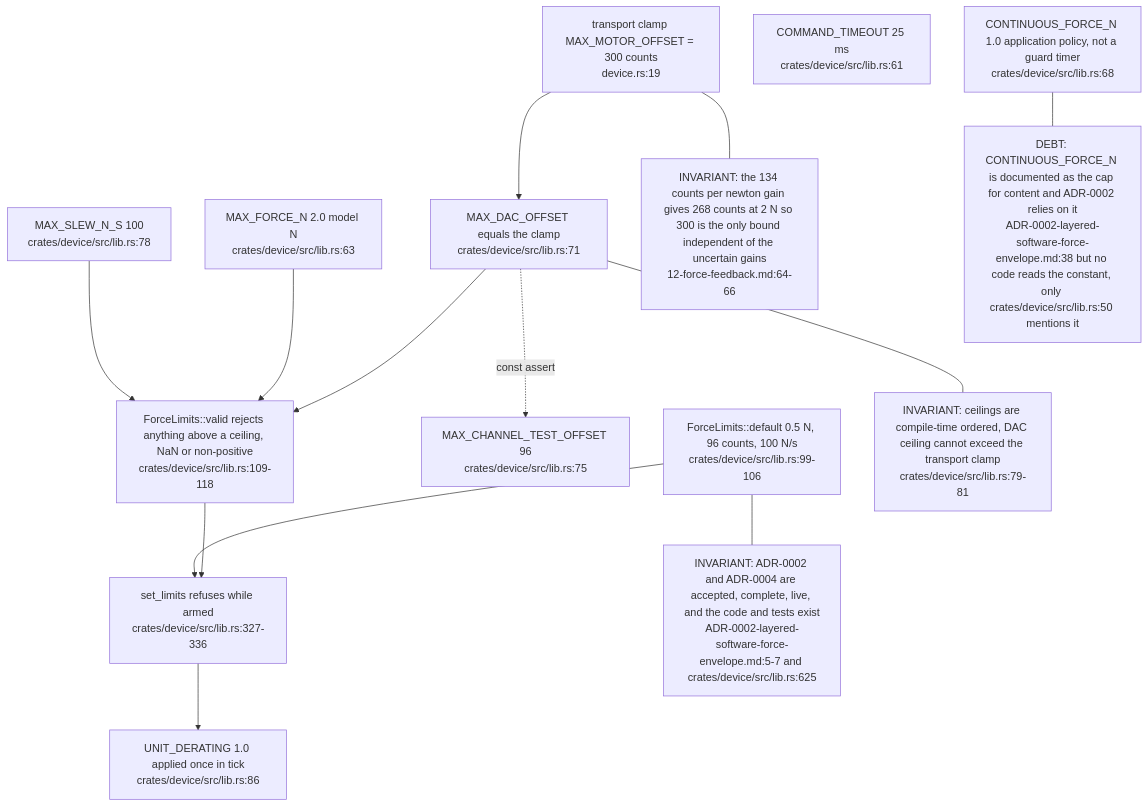
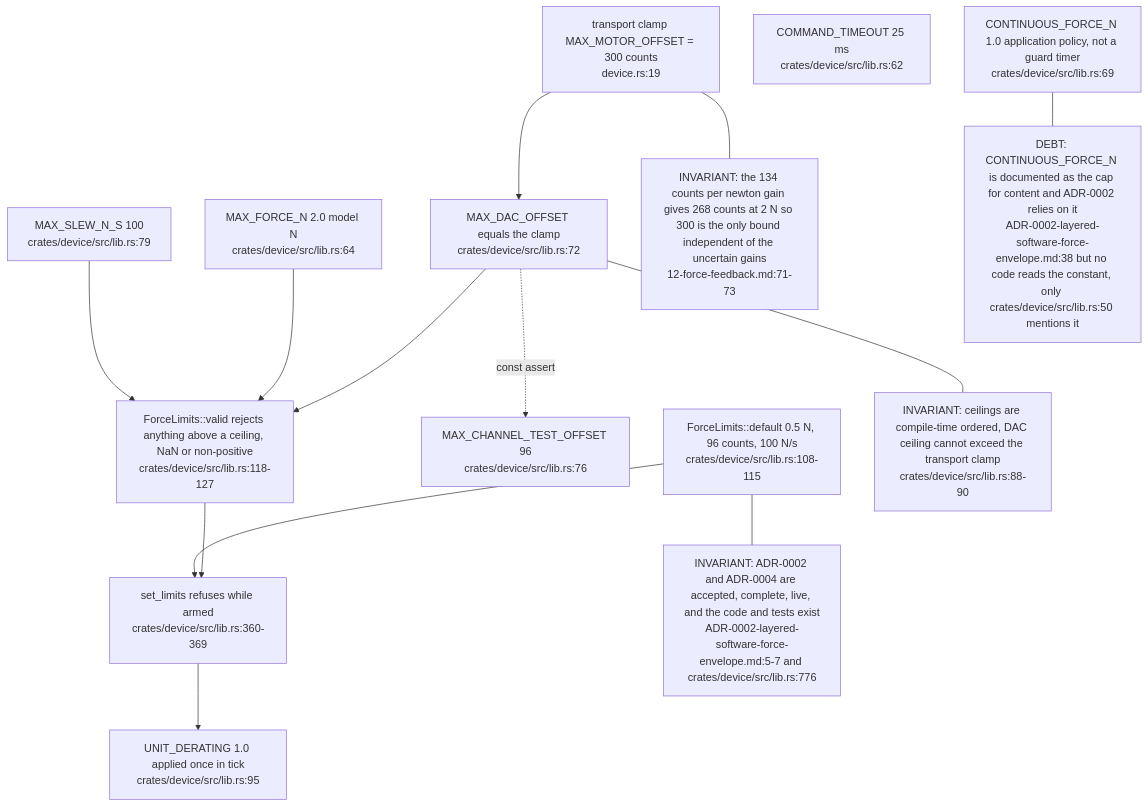
Before and after one commit to DreamLab-AI/VisionFlow: the first of 5 diagrams in docs/diagrams/visiontouch-rs/03-device-sdk-and-force-guard.md, drawn with Mermaid. The commit also changed other lines of this file and 36 other files, not shown here.

First line of the commit message:
docs(diagrams): re-derive and re-stamp agentbox, dream-engine, visioncraft, visiontouch and vowl topics; drop LAN addresses

````diff
--- a/docs/diagrams/visiontouch-rs/03-device-sdk-and-force-guard.md
+++ b/docs/diagrams/visiontouch-rs/03-device-sdk-and-force-guard.md
@@ -31,30 +31,30 @@
 ```mermaid
 flowchart TB
     HAL["transport clamp MAX_MOTOR_OFFSET = 300 counts<br/>device.rs:19"]
-    DACMAX["MAX_DAC_OFFSET equals the clamp<br/>crates/device/src/lib.rs:71"]
-    FMAX["MAX_FORCE_N 2.0 model N<br/>crates/device/src/lib.rs:63"]
-    SLEW["MAX_SLEW_N_S 100<br/>crates/device/src/lib.rs:78"]
-    TO["COMMAND_TIMEOUT 25 ms<br/>crates/device/src/lib.rs:61"]
-    DEF["ForceLimits::default 0.5 N, 96 counts, 100 N/s<br/>crates/device/src/lib.rs:99-106"]
-    CONT["CONTINUOUS_FORCE_N 1.0 application policy, not a guard timer<br/>crates/device/src/lib.rs:68"]
-    CH["MAX_CHANNEL_TEST_OFFSET 96<br/>crates/device/src/lib.rs:75"]
-    VAL["ForceLimits::valid rejects anything above a ceiling, NaN or non-positive<br/>crates/device/src/lib.rs:109-118"]
-    SET["set_limits refuses while armed<br/>crates/device/src/lib.rs:327-336"]
-    DER["UNIT_DERATING 1.0 applied once in tick<br/>crates/device/src/lib.rs:86"]
+    DACMAX["MAX_DAC_OFFSET equals the clamp<br/>crates/device/src/lib.rs:72"]
+    FMAX["MAX_FORCE_N 2.0 model N<br/>crates/device/src/lib.rs:64"]
+    SLEW["MAX_SLEW_N_S 100<br/>crates/device/src/lib.rs:79"]
+    TO["COMMAND_TIMEOUT 25 ms<br/>crates/device/src/lib.rs:62"]
+    DEF["ForceLimits::default 0.5 N, 96 counts, 100 N/s<br/>crates/device/src/lib.rs:108-115"]
+    CONT["CONTINUOUS_FORCE_N 1.0 application policy, not a guard timer<br/>crates/device/src/lib.rs:69"]
+    CH["MAX_CHANNEL_TEST_OFFSET 96<br/>crates/device/src/lib.rs:76"]
+    VAL["ForceLimits::valid rejects anything above a ceiling, NaN or non-positive<br/>crates/device/src/lib.rs:118-127"]
+    SET["set_limits refuses while armed<br/>crates/device/src/lib.rs:360-369"]
+    DER["UNIT_DERATING 1.0 applied once in tick<br/>crates/device/src/lib.rs:95"]
     HAL --> DACMAX
     DACMAX --> VAL
     FMAX --> VAL
     SLEW --> VAL
     VAL --> SET
     DEF --> SET
     DACMAX -. "const assert" .-> CH
     SET --> DER
-    N1["INVARIANT: ceilings are compile-time ordered, DAC ceiling cannot exceed the transport clamp<br/>crates/device/src/lib.rs:79-81"]
-    N2["INVARIANT: the 134 counts per newton gain gives 268 counts at 2 N so 300 is the only bound independent of the uncertain gains<br/>12-force-feedback.md:64-66"]
+    N1["INVARIANT: ceilings are compile-time ordered, DAC ceiling cannot exceed the transport clamp<br/>crates/device/src/lib.rs:88-90"]
+    N2["INVARIANT: the 134 counts per newton gain gives 268 counts at 2 N so 300 is the only bound independent of the uncertain gains<br/>12-force-feedback.md:71-73"]
     N3["DEBT: CONTINUOUS_FORCE_N is documented as the cap for content and ADR-0002 relies on it<br/>ADR-0002-layered-software-force-envelope.md:38 but no code reads the constant, only crates/device/src/lib.rs:50 mentions it"]
-    N4["INVARIANT: ADR-0002 and ADR-0004 are accepted, complete, live, and the code and tests exist<br/>ADR-0002-layered-software-force-envelope.md:5-7 and crates/device/src/lib.rs:625"]
+    N4["INVARIANT: ADR-0002 and ADR-0004 are accepted, complete, live, and the code and tests exist<br/>ADR-0002-layered-software-force-envelope.md:5-7 and crates/device/src/lib.rs:776"]
     CONT --- N3
     DACMAX --- N1
     HAL --- N2
     DEF --- N4
 ```
````
